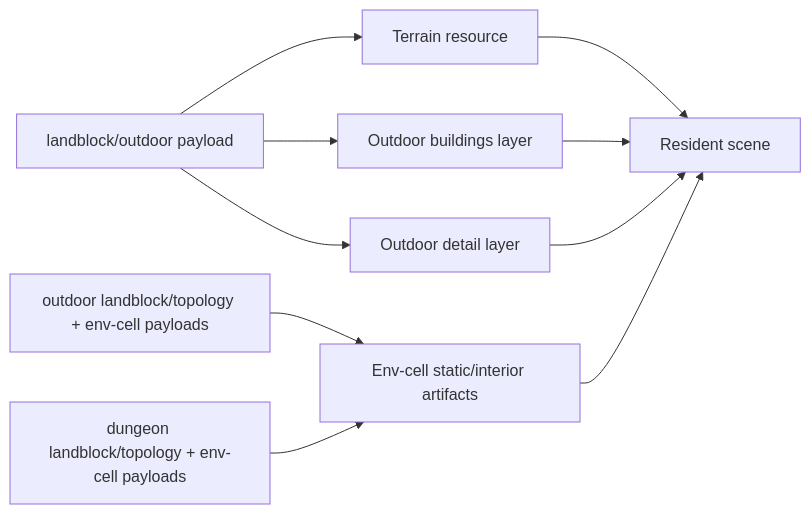
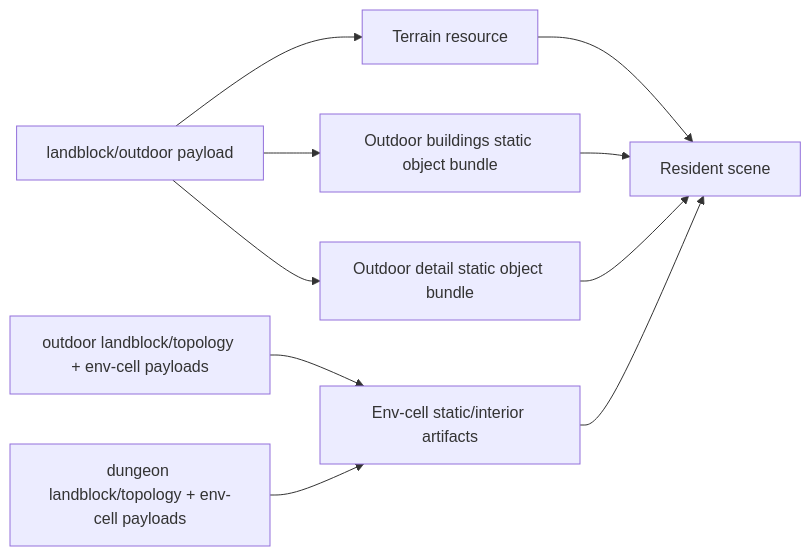
One commit to merklejerk/holtburger changed the second of 10 diagrams in docs/plans/holtburger-3d-static-landblock-render-bundle-replacement-plan.md. Above: the diagram before and after it, drawn with Mermaid. The commit also changed other lines of this file and 3 other files, not shown here.

````diff
--- a/docs/plans/holtburger-3d-static-landblock-render-bundle-replacement-plan.md
+++ b/docs/plans/holtburger-3d-static-landblock-render-bundle-replacement-plan.md
@@ -592,12 +612,12 @@
 ```mermaid
 flowchart LR
     A[landblock/outdoor payload] --> T[Terrain resource]
-    A --> B[Outdoor buildings layer]
-    A --> C[Outdoor detail layer]
+    A --> B[Outdoor buildings static object bundle]
+    A --> C[Outdoor detail static object bundle]
     D[outdoor landblock/topology + env-cell payloads] --> E[Env-cell static/interior artifacts]
     F[dungeon landblock/topology + env-cell payloads] --> E
     T --> R[Resident scene]
     B --> R
     C --> R
     E --> R
 ```
````
